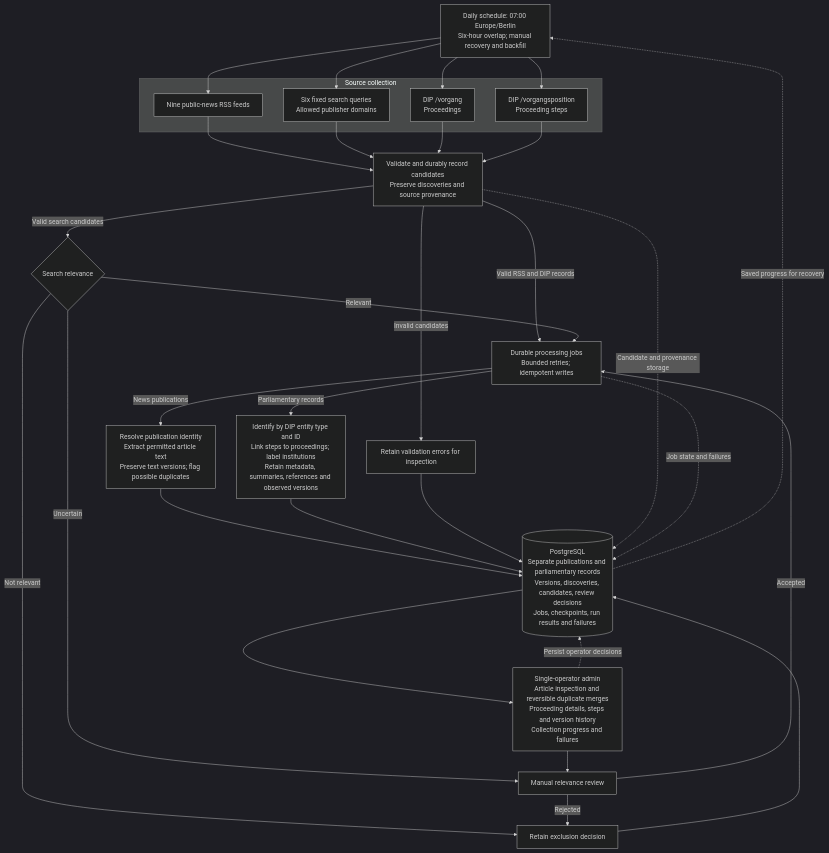
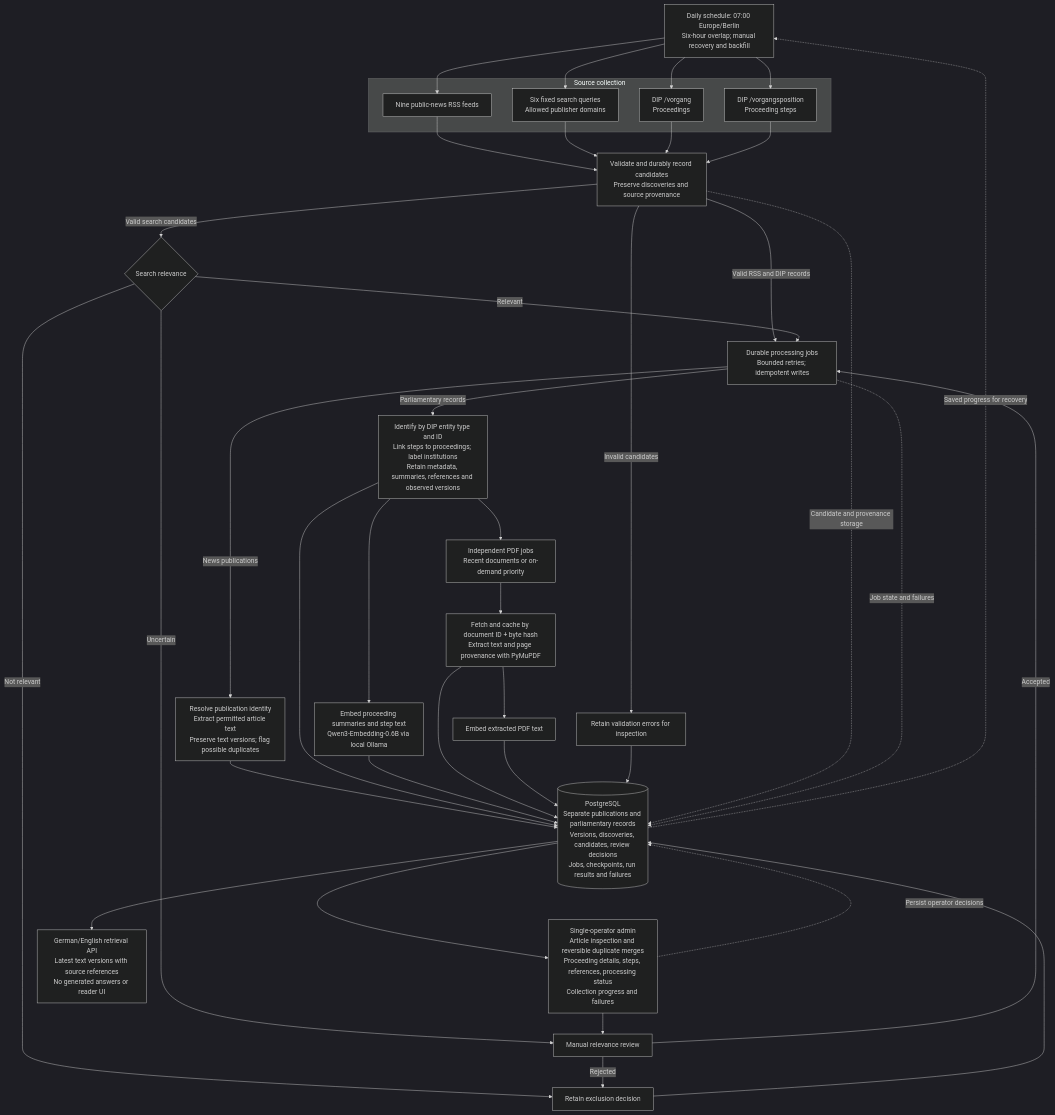
Before and after one commit to rotimi-babalola/news-intelligenz: the diagram in docs/phase-1-architecture.md, drawn with Mermaid (dark theme). The commit also changed other lines of this file and 6 other files, not shown here.

Commit message:
feat: enhance documentation for DIP retrieval and processing, add multilingual support

````diff
--- a/docs/phase-1-architecture.md
+++ b/docs/phase-1-architecture.md
@@ -13,44 +13,53 @@
 ```mermaid
 flowchart TD
     schedule["Daily schedule: 07:00 Europe/Berlin<br/>Six-hour overlap; manual recovery and backfill"]
 
     subgraph collection["Source collection"]
         rss["Nine public-news RSS feeds"]
         search["Six fixed search queries<br/>Allowed publisher domains"]
         proceedings["DIP /vorgang<br/>Proceedings"]
         steps["DIP /vorgangsposition<br/>Proceeding steps"]
     end
 
     schedule --> rss
     schedule --> search
     schedule --> proceedings
     schedule --> steps
 
     rss --> intake["Validate and durably record candidates<br/>Preserve discoveries and source provenance"]
     search --> intake
     proceedings --> intake
     steps --> intake
 
     intake -->|"Valid RSS and DIP records"| jobs["Durable processing jobs<br/>Bounded retries; idempotent writes"]
     intake -->|"Valid search candidates"| relevance{"Search relevance"}
     relevance -->|"Relevant"| jobs
     relevance -->|"Uncertain"| review["Manual relevance review"]
     review -->|"Accepted"| jobs
     relevance -->|"Not relevant"| excluded["Retain exclusion decision"]
     review -->|"Rejected"| excluded
     intake -->|"Invalid candidates"| invalid["Retain validation errors for inspection"]
 
     jobs -->|"News publications"| news["Resolve publication identity<br/>Extract permitted article text<br/>Preserve text versions; flag possible duplicates"]
     jobs -->|"Parliamentary records"| parliament["Identify by DIP entity type and ID<br/>Link steps to proceedings; label institutions<br/>Retain metadata, summaries, references and observed versions"]
 
+    parliament --> recordEmbed["Embed proceeding summaries and step text<br/>Qwen3-Embedding-0.6B via local Ollama"]
+    parliament --> docQueue["Independent PDF jobs<br/>Recent documents or on-demand priority"]
+    docQueue --> pdfText["Fetch and cache by document ID + byte hash<br/>Extract text and page provenance with PyMuPDF"]
+    pdfText --> pdfEmbed["Embed extracted PDF text"]
+
     news --> db[("PostgreSQL<br/>Separate publications and parliamentary records<br/>Versions, discoveries, candidates, review decisions<br/>Jobs, checkpoints, run results and failures")]
     parliament --> db
+    recordEmbed --> db
+    pdfText --> db
+    pdfEmbed --> db
     excluded --> db
     invalid --> db
     intake -.->|"Candidate and provenance storage"| db
     jobs -.->|"Job state and failures"| db
     db -.->|"Saved progress for recovery"| schedule
-    db --> admin["Single-operator admin<br/>Article inspection and reversible duplicate merges<br/>Proceeding details, steps and version history<br/>Collection progress and failures"]
+    db --> admin["Single-operator admin<br/>Article inspection and reversible duplicate merges<br/>Proceeding details, steps, references, processing status<br/>Collection progress and failures"]
+    db --> retrieval["German/English retrieval API<br/>Latest text versions with source references<br/>No generated answers or reader UI"]
     admin --> review
     admin -.->|"Persist operator decisions"| db
 ```
````
